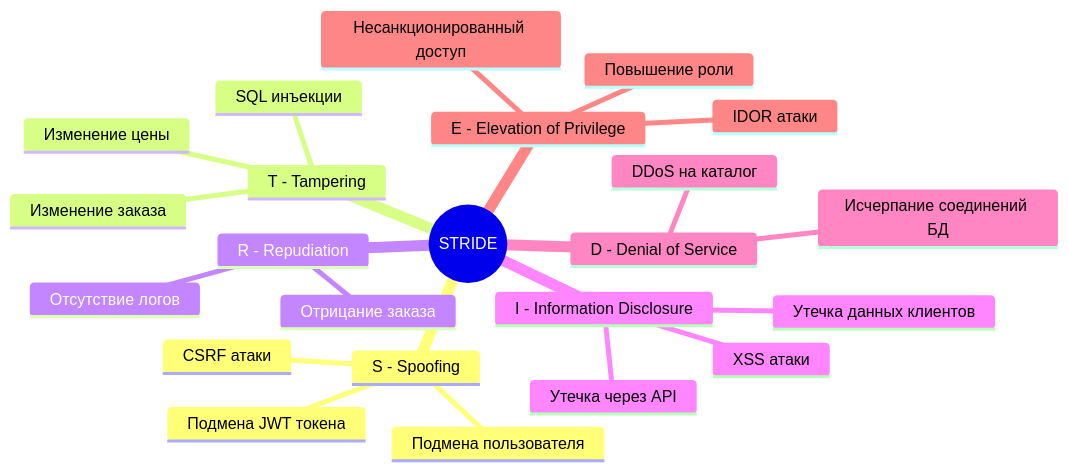
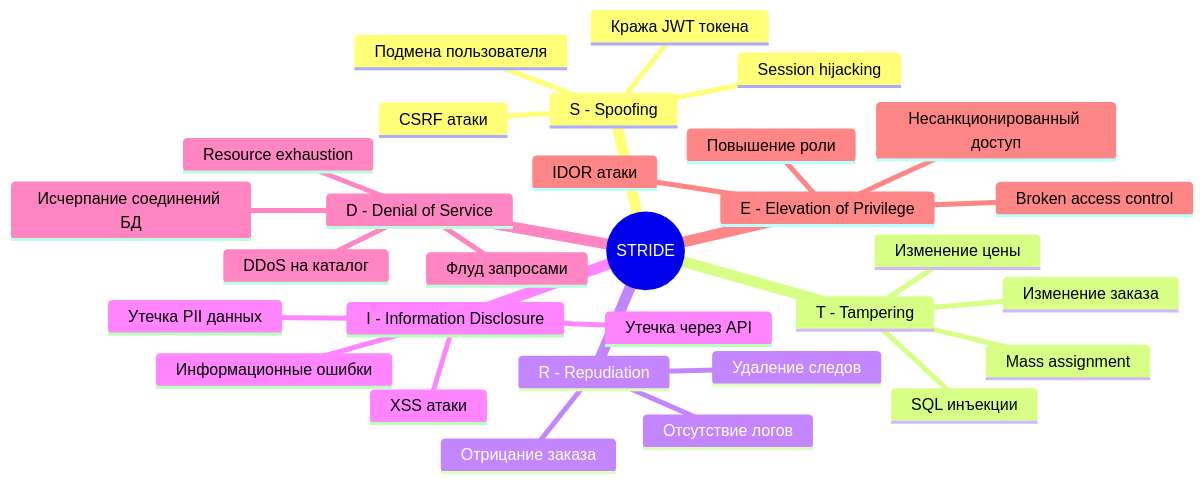
One commit to Goldie228/GoldPC changed the sixth of 14 diagrams in development-plan/02-contracts-and-architecture.md. Above: the diagram before and after it, drawn with Mermaid. The commit also changed other lines of this file and 10 other files, not shown here.

````diff
--- a/development-plan/02-contracts-and-architecture.md
+++ b/development-plan/02-contracts-and-architecture.md
@@ -46,26 +792,33 @@
 ```mermaid
 mindmap
   root((STRIDE))
     S - Spoofing
       Подмена пользователя
-      Подмена JWT токена
+      Кража JWT токена
       CSRF атаки
+      Session hijacking
     T - Tampering
       Изменение заказа
       Изменение цены
       SQL инъекции
+      Mass assignment
     R - Repudiation
       Отрицание заказа
       Отсутствие логов
+      Удаление следов
     I - Information Disclosure
-      Утечка данных клиентов
+      Утечка PII данных
       XSS атаки
       Утечка через API
+      Информационные ошибки
     D - Denial of Service
       DDoS на каталог
+      Resource exhaustion
       Исчерпание соединений БД
+      Флуд запросами
     E - Elevation of Privilege
       Повышение роли
       IDOR атаки
       Несанкционированный доступ
+      Broken access control
 ```
````
